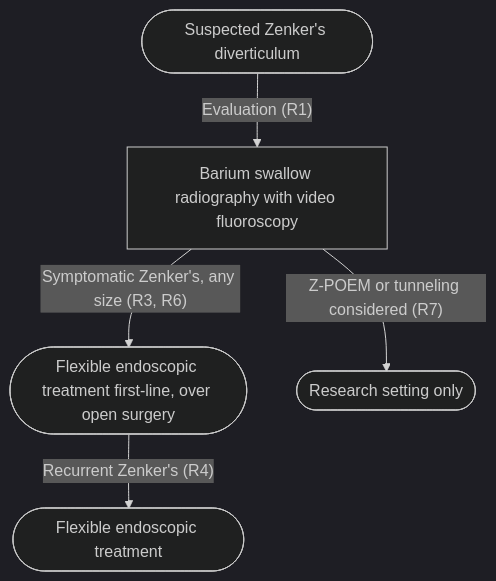
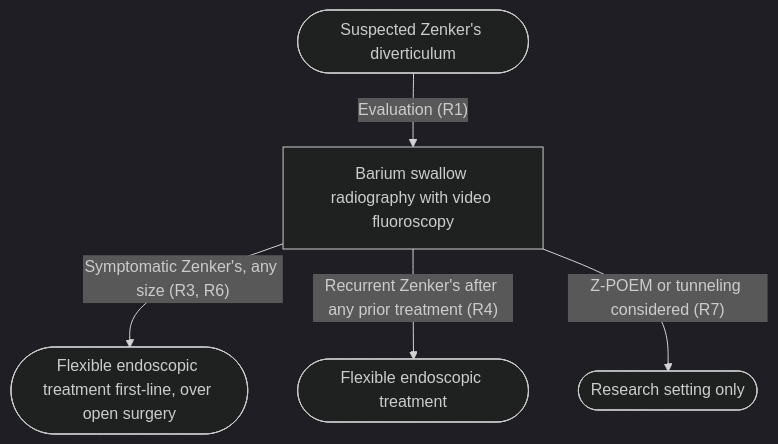
One commit to KHNickLeMD/KHNL-GI-Wiki changed the diagram in KHNL-GI-Wiki/wiki/1-disease-scripts/foregut-and-motility-diseases/esophageal/zenkers-diverticulum.md. Above: the diagram before and after it, drawn with Mermaid (dark theme). The commit also changed other lines of this file and 1 other file, not shown here.

Commit message:
lint: quality review — Zenker's diverticulum reviewed + re-verified; run log completed

````diff
--- a/KHNL-GI-Wiki/wiki/1-disease-scripts/foregut-and-motility-diseases/esophageal/zenkers-diverticulum.md
+++ b/KHNL-GI-Wiki/wiki/1-disease-scripts/foregut-and-motility-diseases/esophageal/zenkers-diverticulum.md
@@ -72,11 +73,11 @@
 ```mermaid
 flowchart TD
     A(["Suspected Zenker's diverticulum"]) -- "Evaluation (R1)" --> B["Barium swallow radiography with video fluoroscopy"]
     B -- "Symptomatic Zenker's, any size (R3, R6)" --> C(["Flexible endoscopic treatment first-line, over open surgery"])
-    C -- "Recurrent Zenker's (R4)" --> D(["Flexible endoscopic treatment"])
+    B -- "Recurrent Zenker's after any prior treatment (R4)" --> D(["Flexible endoscopic treatment"])
     B -- "Z-POEM or tunneling considered (R7)" --> E(["Research setting only"])
     class A start
     class B test
     class C,D act
     class E stop
 ```
````
